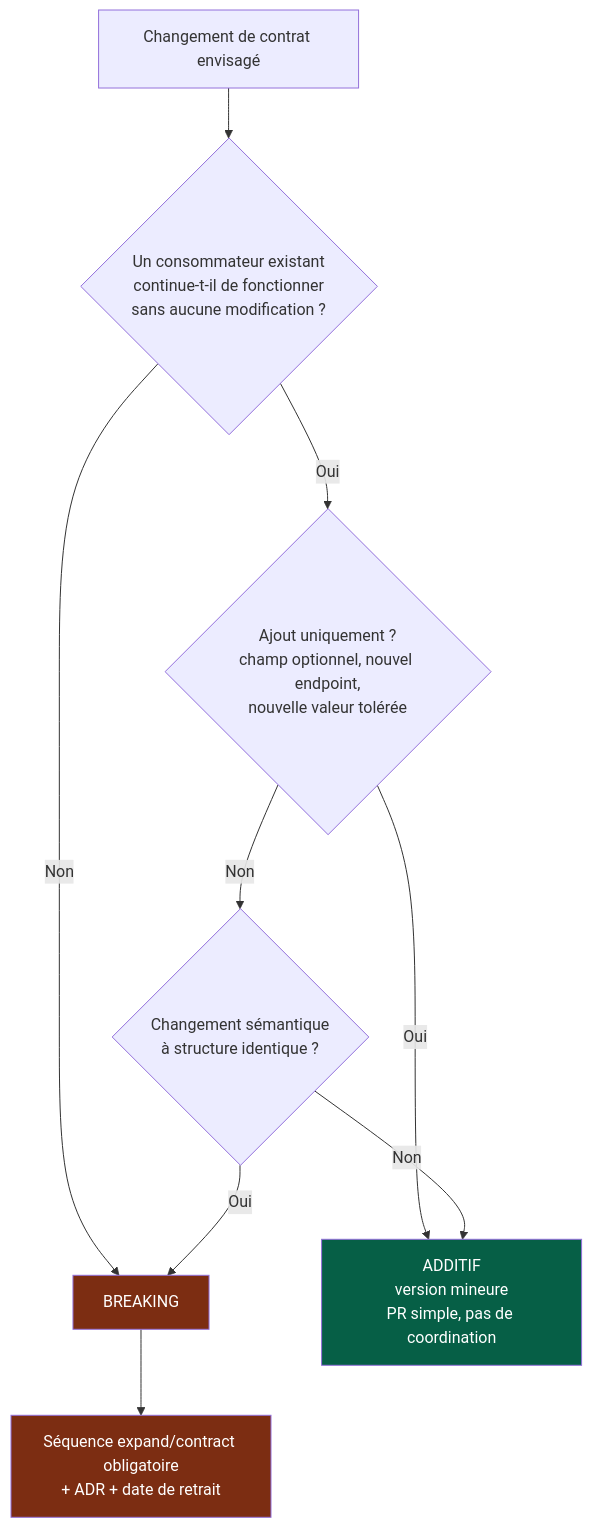
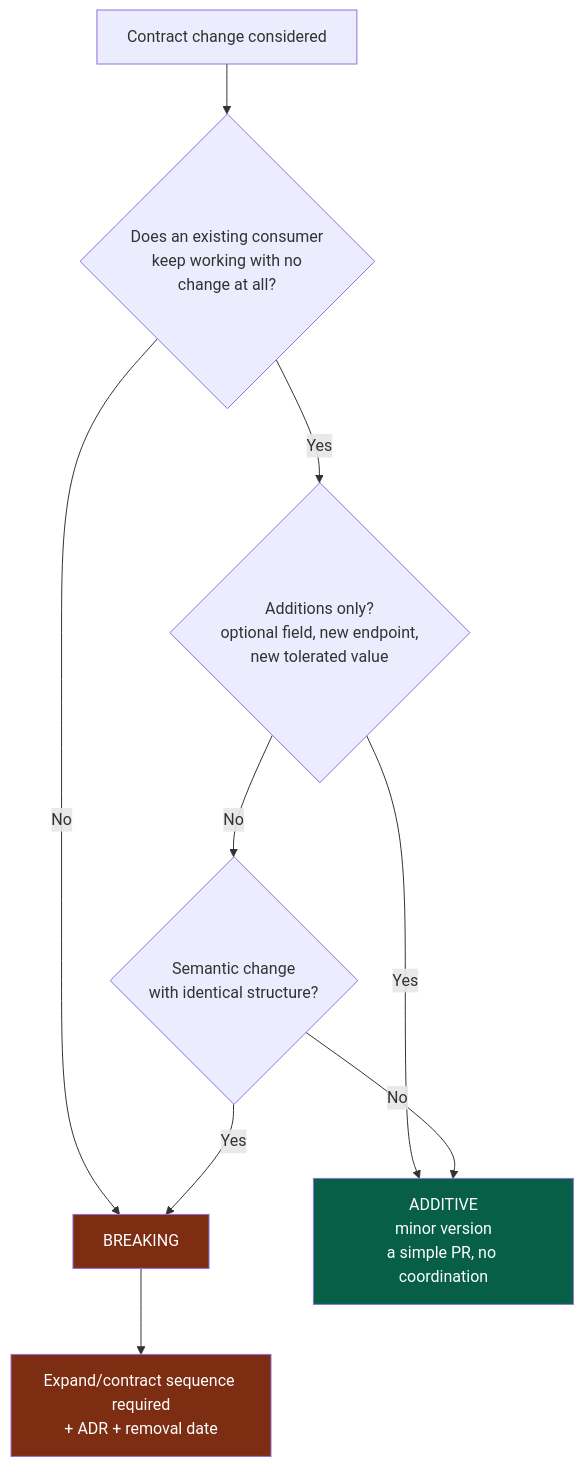
One commit to NapkinStack/engineering-os changed the first of 3 diagrams in skeleton/docs/os/03-contracts.md. Above: the diagram before and after it, drawn with Mermaid. The commit also changed other lines of this file and 1 other file, not shown here.

````diff
--- a/skeleton/docs/os/03-contracts.md
+++ b/skeleton/docs/os/03-contracts.md
@@ -45,19 +44,19 @@
 ```mermaid
 flowchart TD
-    A["Changement de contrat envisagé"] --> B{"Un consommateur existant<br/>continue-t-il de fonctionner<br/>sans aucune modification ?"}
+    A["Contract change considered"] --> B{"Does an existing consumer<br/>keep working with no<br/>change at all?"}
 
-    B -->|Oui| C{"Ajout uniquement ?<br/>champ optionnel, nouvel endpoint,<br/>nouvelle valeur tolérée"}
-    B -->|Non| D["BREAKING"]
+    B -->|Yes| C{"Additions only?<br/>optional field, new endpoint,<br/>new tolerated value"}
+    B -->|No| D["BREAKING"]
 
-    C -->|Oui| E["ADDITIF<br/>version mineure<br/>PR simple, pas de coordination"]
-    C -->|Non| F{"Changement sémantique<br/>à structure identique ?"}
+    C -->|Yes| E["ADDITIVE<br/>minor version<br/>a simple PR, no coordination"]
+    C -->|No| F{"Semantic change<br/>with identical structure?"}
 
-    F -->|Oui| D
-    F -->|Non| E
+    F -->|Yes| D
+    F -->|No| E
 
-    D --> G["Séquence expand/contract obligatoire<br/>+ ADR + date de retrait"]
+    D --> G["Expand/contract sequence required<br/>+ ADR + removal date"]
 
     style E fill:#065f46,color:#fff
     style D fill:#7c2d12,color:#fff
     style G fill:#7c2d12,color:#fff
 ```
````
